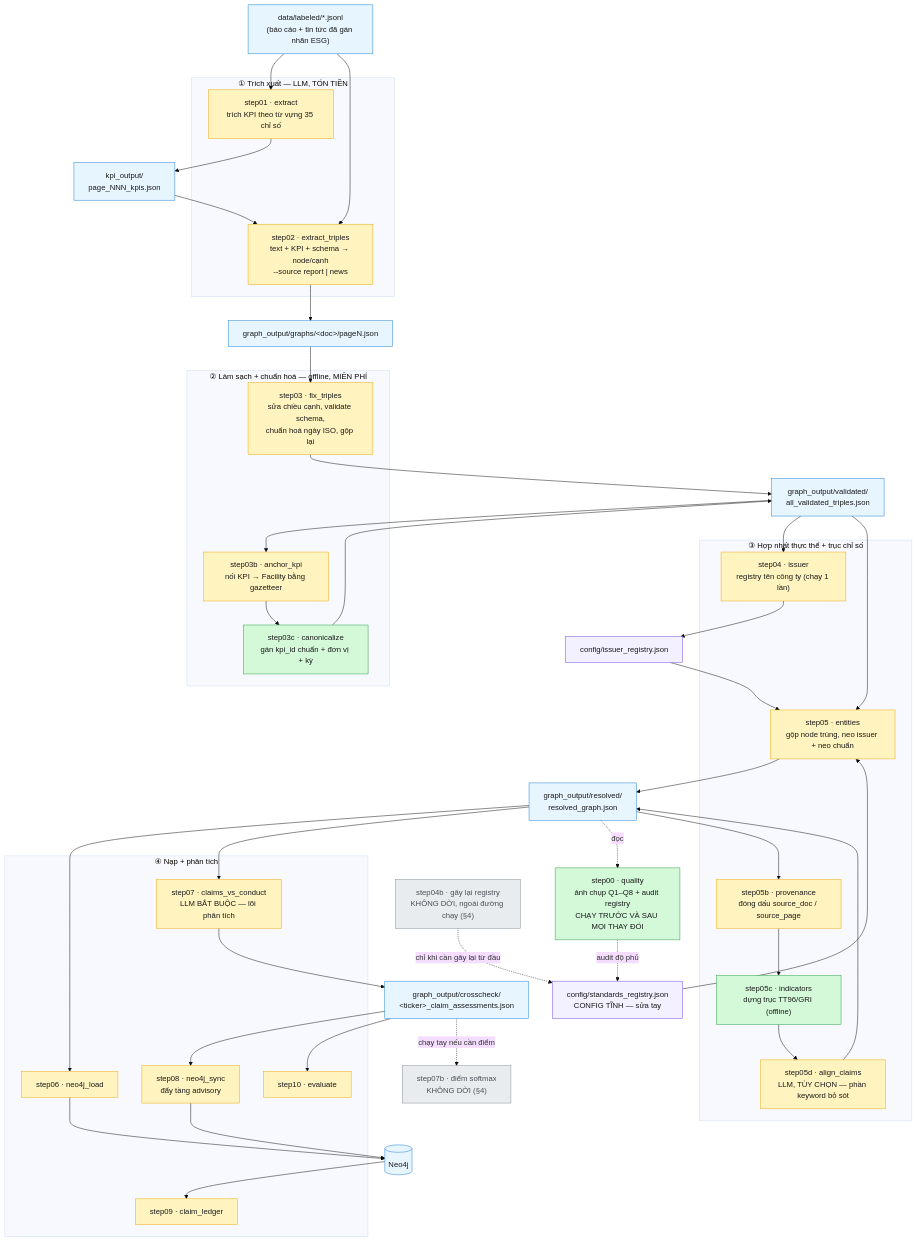
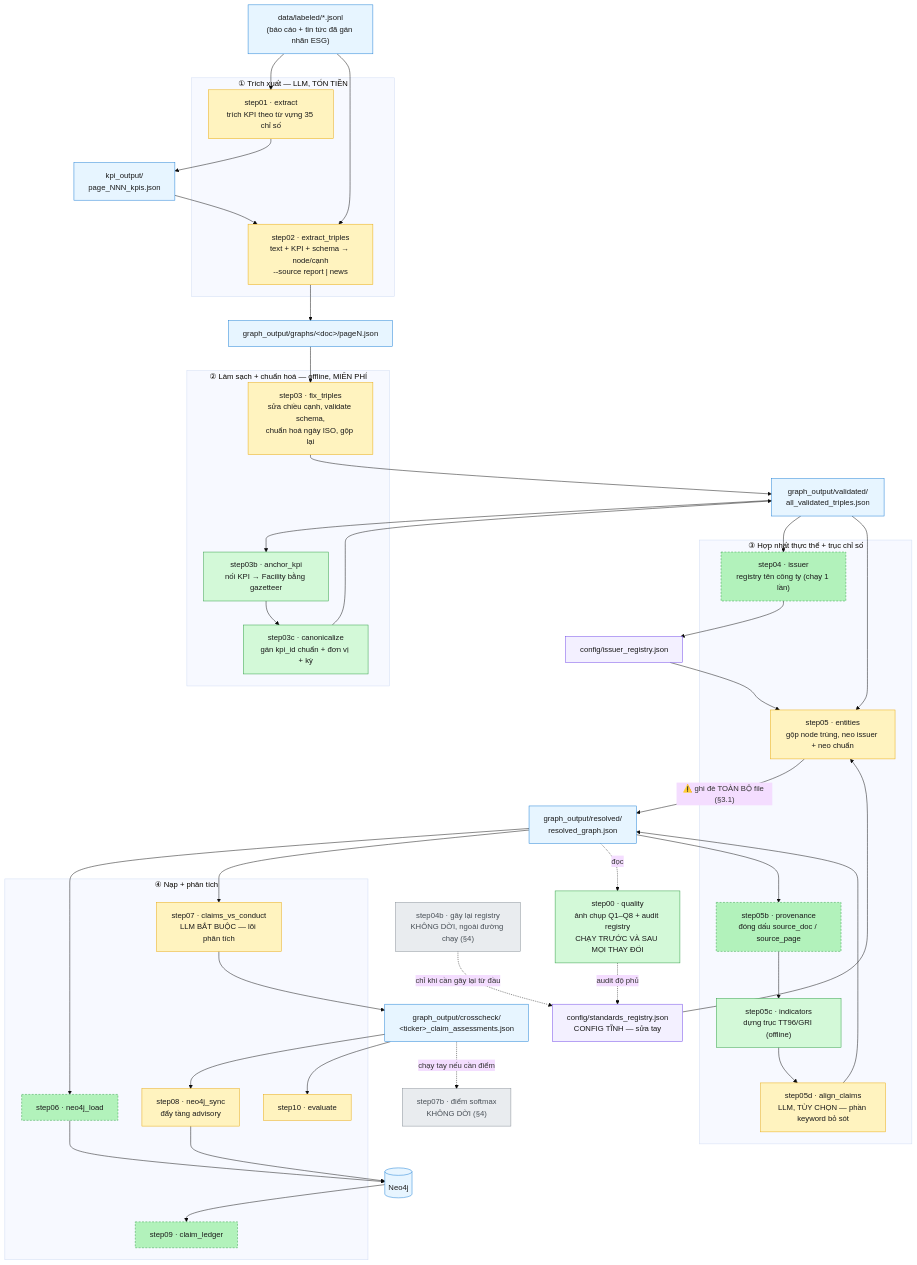
One commit to TranBaDat2607/capstone_test1 changed the first of 4 diagrams in src_module/PIPELINE.md. Above: the diagram before and after it, drawn with Mermaid (base theme). The commit also changed other lines of this file and 3 other files, not shown here.

````diff
--- a/src_module/PIPELINE.md
+++ b/src_module/PIPELINE.md
@@ -16,70 +20,72 @@
 ```mermaid
 flowchart TD
     classDef migrated fill:#d3f9d8,stroke:#2f9e44,color:#1a1a1a
+    classDef ready    fill:#b2f2bb,stroke:#2f9e44,stroke-dasharray:4 3,color:#1a1a1a
     classDef pending  fill:#fff3bf,stroke:#e8a90c,color:#1a1a1a
     classDef notport  fill:#e9ecef,stroke:#868e96,color:#495057
     classDef data     fill:#e7f5ff,stroke:#1c7ed6,color:#1a1a1a
     classDef cfg      fill:#f3f0ff,stroke:#7048e8,color:#1a1a1a
 
     JSONL["data/labeled/*.jsonl<br/>(báo cáo + tin tức đã gán nhãn ESG)"]:::data
 
     subgraph P1["① Trích xuất — LLM, TỐN TIỀN"]
         S01["step01 · extract<br/>trích KPI theo từ vựng 35 chỉ số"]:::pending
         S02["step02 · extract_triples<br/>text + KPI + schema → node/cạnh<br/>--source report | news"]:::pending
     end
 
     KPIOUT["kpi_output/<br/>page_NNN_kpis.json"]:::data
     GRAPHS["graph_output/graphs/&lt;doc&gt;/pageN.json"]:::data
 
     subgraph P2["② Làm sạch + chuẩn hoá — offline, MIỄN PHÍ"]
         S03["step03 · fix_triples<br/>sửa chiều cạnh, validate schema,<br/>chuẩn hoá ngày ISO, gộp lại"]:::pending
-        S03B["step03b · anchor_kpi<br/>nối KPI → Facility bằng gazetteer"]:::pending
+        S03B["step03b · anchor_kpi<br/>nối KPI → Facility bằng gazetteer"]:::migrated
         S03C["step03c · canonicalize<br/>gán kpi_id chuẩn + đơn vị + kỳ"]:::migrated
     end
 
     VALID["graph_output/validated/<br/>all_validated_triples.json"]:::data
 
     subgraph P3["③ Hợp nhất thực thể + trục chỉ số"]
-        S04["step04 · issuer<br/>registry tên công ty (chạy 1 lần)"]:::pending
+        S04["step04 · issuer<br/>registry tên công ty (chạy 1 lần)"]:::ready
         S05["step05 · entities<br/>gộp node trùng, neo issuer + neo chuẩn"]:::pending
-        S05B["step05b · provenance<br/>đóng dấu source_doc / source_page"]:::pending
+        S05B["step05b · provenance<br/>đóng dấu source_doc / source_page"]:::ready
         S05C["step05c · indicators<br/>dựng trục TT96/GRI (offline)"]:::migrated
         S05D["step05d · align_claims<br/>LLM, TÙY CHỌN — phần keyword bỏ sót"]:::pending
     end
 
     RESOLVED["graph_output/resolved/<br/>resolved_graph.json"]:::data
 
     subgraph P4["④ Nạp + phân tích"]
-        S06["step06 · neo4j_load"]:::pending
+        S06["step06 · neo4j_load"]:::ready
         S07["step07 · claims_vs_conduct<br/>LLM BẮT BUỘC — lõi phân tích"]:::pending
         S08["step08 · neo4j_sync<br/>đẩy tầng advisory"]:::pending
-        S09["step09 · claim_ledger"]:::pending
+        S09["step09 · claim_ledger"]:::ready
         S10["step10 · evaluate"]:::pending
     end
 
     REGI["config/issuer_registry.json"]:::cfg
     REGS["config/standards_registry.json<br/>CONFIG TĨNH — sửa tay"]:::cfg
     DOSSIER["graph_output/crosscheck/<br/>&lt;ticker&gt;_claim_assessments.json"]:::data
     NEO[("Neo4j")]:::data
 
     S00["step00 · quality<br/>ảnh chụp Q1–Q8 + audit registry<br/>CHẠY TRƯỚC VÀ SAU MỌI THAY ĐỔI"]:::migrated
     S07B["step07b · điểm softmax<br/>KHÔNG DỜI (§4)"]:::notport
     S04B["step04b · gây lại registry<br/>KHÔNG DỜI, ngoài đường chạy (§4)"]:::notport
 
     JSONL --> S01 --> KPIOUT --> S02
     JSONL --> S02 --> GRAPHS --> S03 --> VALID
     VALID --> S03B --> S03C --> VALID
     VALID --> S04 --> REGI --> S05
     REGS --> S05
-    VALID --> S05 --> RESOLVED
+    VALID --> S05
+    S05 -->|"⚠️ ghi đè TOÀN BỘ file (§3.1)"| RESOLVED
     RESOLVED --> S05B --> S05C --> S05D --> RESOLVED
     RESOLVED --> S06 --> NEO
     RESOLVED --> S07 --> DOSSIER --> S08 --> NEO
     NEO --> S09
     DOSSIER --> S10
 
     RESOLVED -.->|"đọc"| S00
     S00 -.->|"audit độ phủ"| REGS
     S04B -.->|"chỉ khi cần gây lại từ đầu"| REGS
     DOSSIER -.->|"chạy tay nếu cần điểm"| S07B
 ```
````
